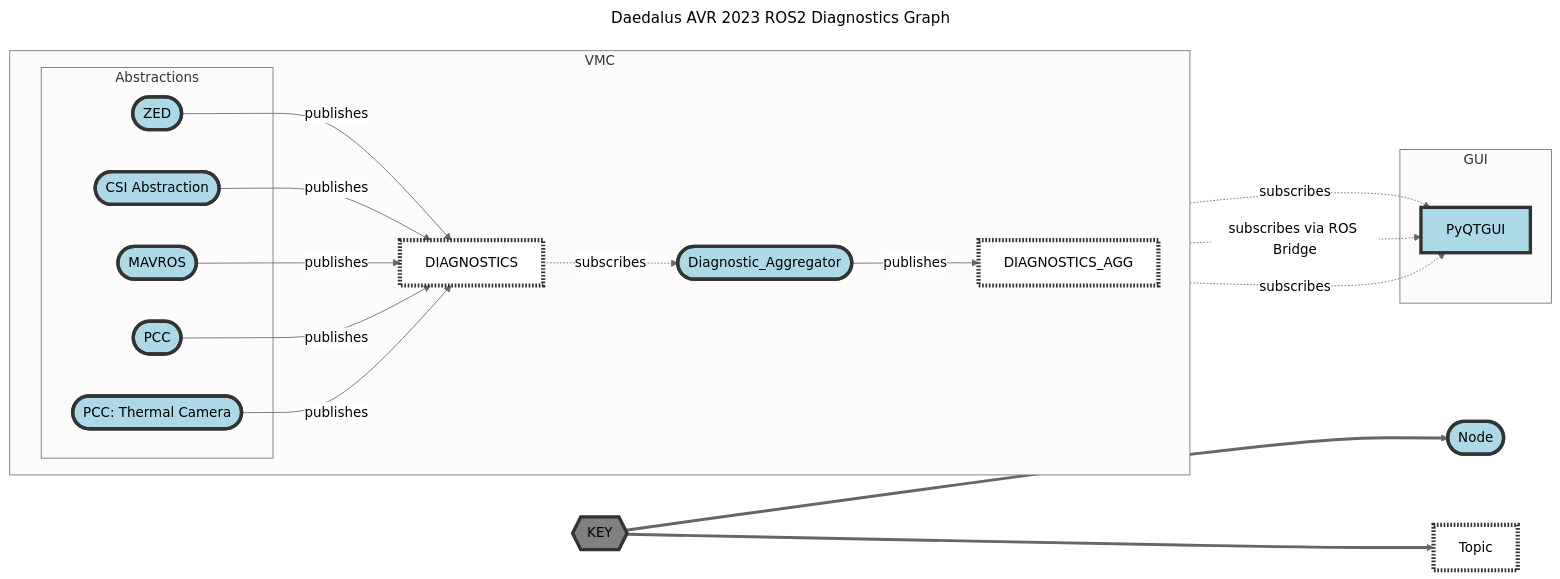
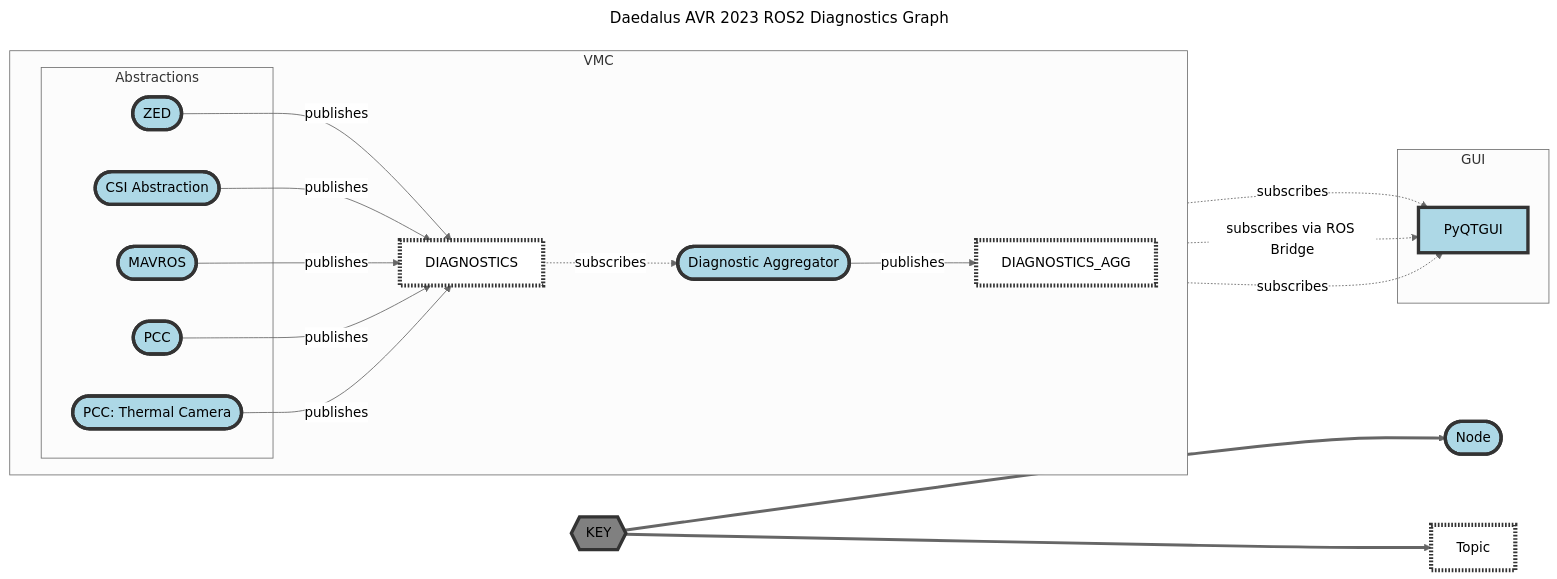
One commit to Daedalus-Robotics/avr_2023_documentation changed the diagram in README.md. Above: the diagram before and after it, drawn with Mermaid (neutral theme).

Commit message:
Update README.md
Fixed minor typeface issue

````diff
--- a/README.md
+++ b/README.md
@@ -1,46 +1,46 @@
 ```mermaid
 ---
 title: Daedalus AVR 2023 ROS2 Diagnostics Graph
 ---
 flowchart LR
     
     classDef node fill:lightBlue,color:black,stroke:#333,stroke-width:4px
     classDef topic fill:white,color:black,stroke:#333,stroke-width:5px, stroke-dasharray: 2 2
     classDef key fill:gray,color:black,stroke:#333,stroke-width:4px
     
 
     subgraph VMC
         direction LR
         diagnostics_topic[DIAGNOSTICS]:::topic
-        diag_agg([Diagnostic_Aggregator])
+        diag_agg([Diagnostic Aggregator])
         diag_agg_topic[DIAGNOSTICS_AGG]:::topic
         zed([ZED])
         
         subgraph Abstractions 
             zed
             CSI_abs
             Mavros
             PCC
             themcam
         end
     end
 
     subgraph GUI 
         PyQTGUI
     end
 
     legend{{KEY}}:::key==>i1([Node]):::node
     legend==>i2[Topic]:::topic
     
     zed --publishes-->diagnostics_topic
     CSI_abs([CSI Abstraction]) --publishes-->diagnostics_topic
     Mavros([MAVROS]) --publishes-->diagnostics_topic
     PCC([PCC]) --publishes-->diagnostics_topic
     themcam([PCC: Thermal Camera]) --publishes-->diagnostics_topic
     diagnostics_topic -. subscribes .->diag_agg
     diag_agg --publishes-->diag_agg_topic
     diag_agg_topic -. subscribes .-> PyQTGUI
     diag_agg_topic -. subscribes via ROS Bridge .-> PyQTGUI
     diag_agg_topic -. subscribes .-> PyQTGUI 
 
 ```
````
